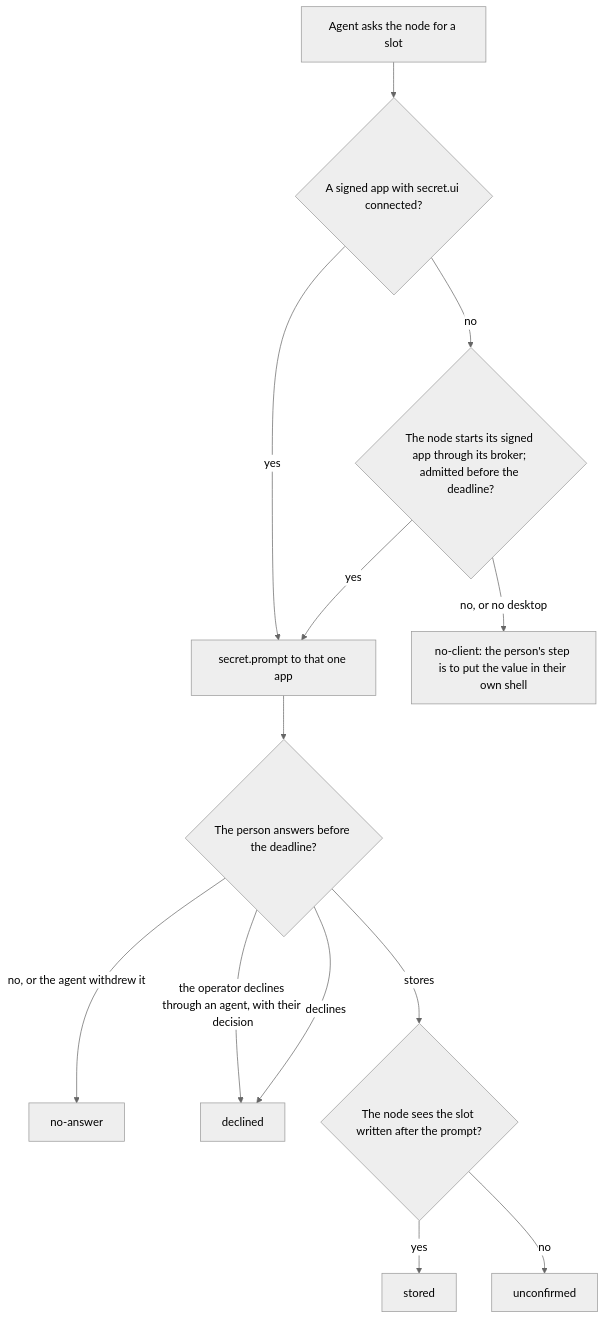
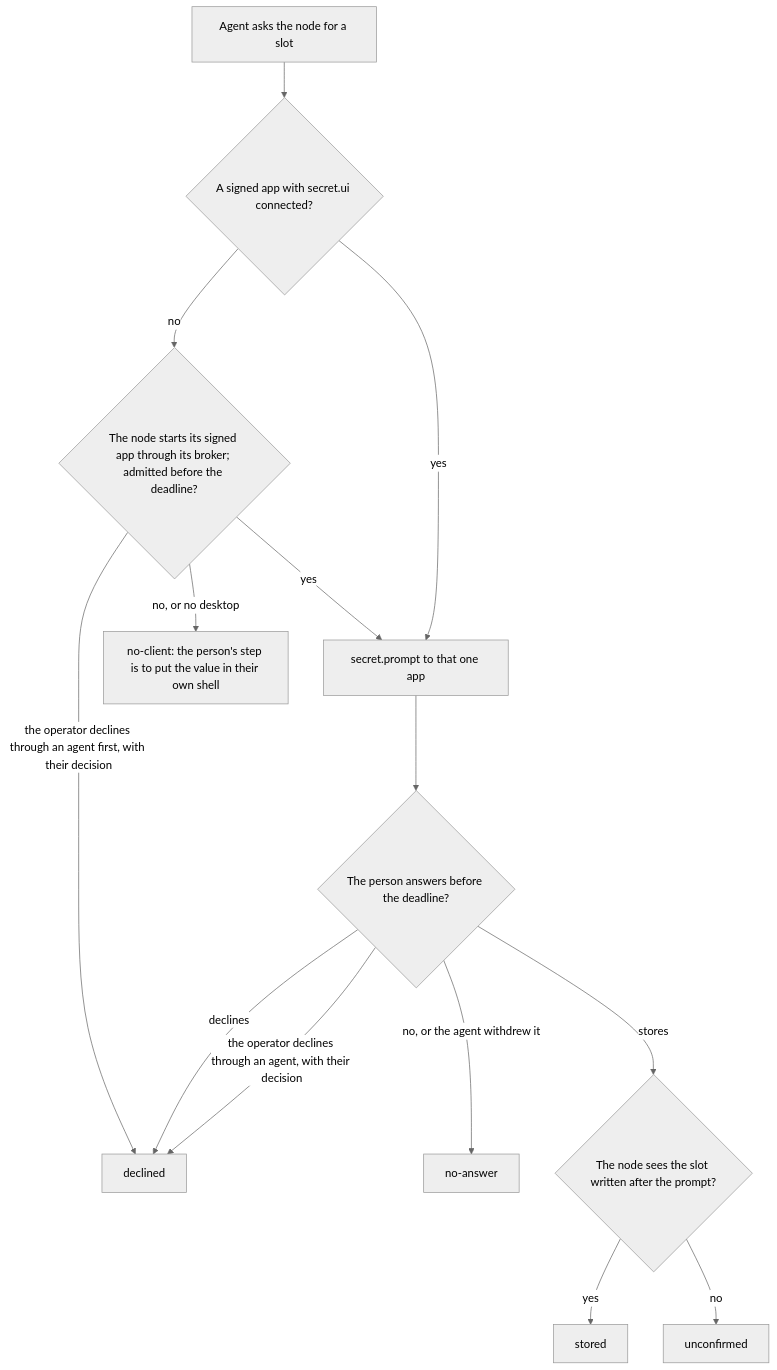
One commit to passioncode-ai/fabric-agent-contract changed diagram 34 of 34 in docs/ux/flows.md. Above: the diagram before and after it, drawn with Mermaid (neutral theme). The commit also changed other lines of this file and 9 other files, not shown here.

````diff
--- a/docs/ux/flows.md
+++ b/docs/ux/flows.md
@@ -899,15 +899,16 @@
 ```mermaid
 flowchart TD
   Q[Agent asks the node for a slot] --> C{A signed app with secret.ui connected?}
   C -->|no| L{The node starts its signed app through its broker; admitted before the deadline?}
   L -->|yes| P
+  L -->|the operator declines through an agent first, with their decision| D
   L -->|no, or no desktop| X[no-client: the person's step is to put the value in their own shell]
   C -->|yes| P[secret.prompt to that one app]
   P --> W{The person answers before the deadline?}
   W -->|no, or the agent withdrew it| Z[no-answer]
   W -->|declines| D[declined]
   W -->|the operator declines through an agent, with their decision| D
   W -->|stores| S{The node sees the slot written after the prompt?}
   S -->|yes| O[stored]
   S -->|no| U[unconfirmed]
 ```
````
